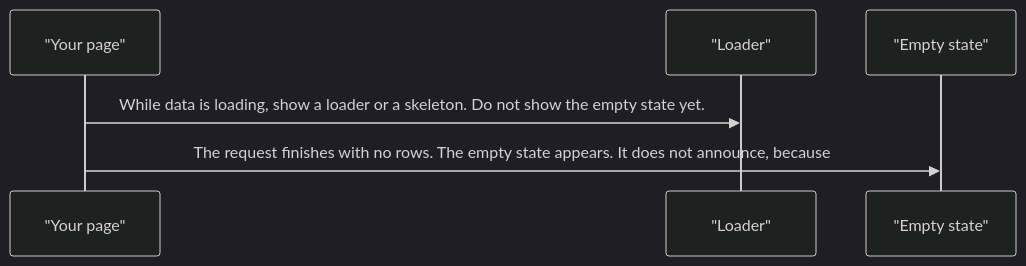
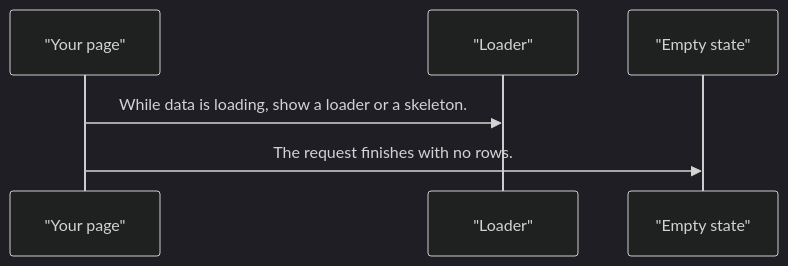
One commit to RajshekharBorate/pixel-ui changed the second of 4 diagrams in projects/pixel-ui/src/lib/pixel-empty-state/DESIGN.md. Above: the diagram before and after it, drawn with Mermaid (dark theme). The commit also changed other lines of this file and 80 other files, not shown here.

Commit message:
Fill missing design flows and correct the stories that did not match component behavior.

````diff
--- a/projects/pixel-ui/src/lib/pixel-empty-state/DESIGN.md
+++ b/projects/pixel-ui/src/lib/pixel-empty-state/DESIGN.md
@@ -52,8 +53,8 @@
 ```mermaid
 sequenceDiagram
   participant page as "Your page"
   participant loader as "Loader"
   participant empty as "Empty state"
-  page->>loader: While data is loading, show a loader or a skeleton. Do not show the empty state yet.
-  page->>empty: The request finishes with no rows. The empty state appears. It does not announce, because 
+  page->>loader: While data is loading, show a loader or a skeleton.
+  page->>empty: The request finishes with no rows.
 ```
````
